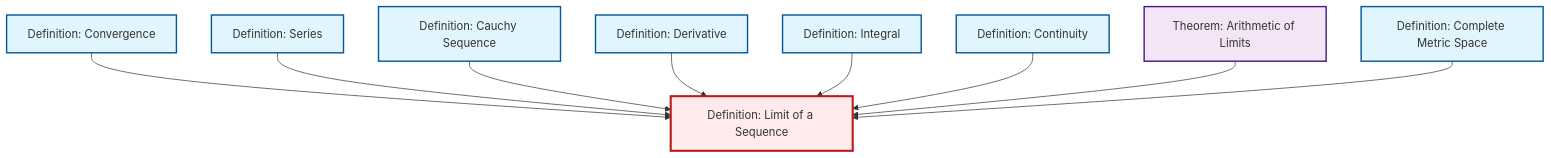
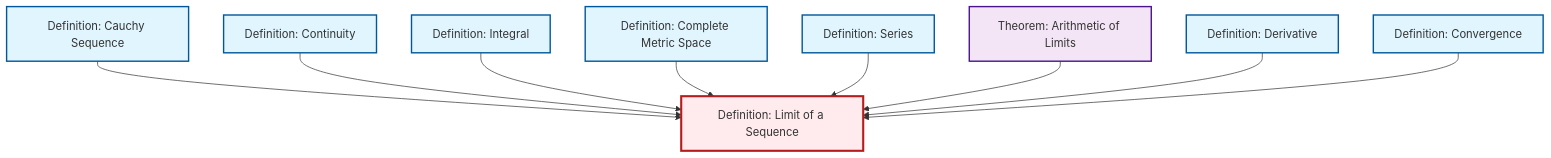
Before and after one commit to RK0429/ModernMath: the diagram in content/en/analysis/def-limit.qmd, drawn with Mermaid. The commit also changed other lines of this file and 554 other files, not shown here.

````diff
--- a/content/en/analysis/def-limit.qmd
+++ b/content/en/analysis/def-limit.qmd
@@ -48,35 +48,35 @@
 ```{mermaid}
 %%| fig-cap: "Local dependency graph"
 graph TD
     classDef definition fill:#e1f5fe,stroke:#01579b,stroke-width:2px
     classDef theorem fill:#f3e5f5,stroke:#4a148c,stroke-width:2px
     classDef axiom fill:#fff3e0,stroke:#e65100,stroke-width:2px
     classDef example fill:#e8f5e9,stroke:#1b5e20,stroke-width:2px
     classDef current fill:#ffebee,stroke:#b71c1c,stroke-width:3px
-    def-continuity["Definition: Continuity"]:::definition
-    def-integral["Definition: Integral"]:::definition
-    def-series["Definition: Series"]:::definition
-    def-limit["Definition: Limit of a Sequence"]:::definition
-    def-derivative["Definition: Derivative"]:::definition
-    def-convergence["Definition: Convergence"]:::definition
     def-cauchy-sequence["Definition: Cauchy Sequence"]:::definition
     thm-limit-arithmetic["Theorem: Arithmetic of Limits"]:::theorem
+    def-continuity["Definition: Continuity"]:::definition
     def-complete-metric-space["Definition: Complete Metric Space"]:::definition
+    def-series["Definition: Series"]:::definition
+    def-integral["Definition: Integral"]:::definition
+    def-limit["Definition: Limit of a Sequence"]:::definition
+    def-convergence["Definition: Convergence"]:::definition
+    def-derivative["Definition: Derivative"]:::definition
+    def-cauchy-sequence --> def-limit
+    def-continuity --> def-limit
+    def-integral --> def-limit
+    def-complete-metric-space --> def-limit
+    def-series --> def-limit
+    thm-limit-arithmetic --> def-limit
+    def-derivative --> def-limit
     def-convergence --> def-limit
-    def-series --> def-limit
-    def-cauchy-sequence --> def-limit
-    def-derivative --> def-limit
-    def-integral --> def-limit
-    def-continuity --> def-limit
-    thm-limit-arithmetic --> def-limit
-    def-complete-metric-space --> def-limit
     class def-limit current
-    click def-continuity "def-continuity.html" "Go to Continuity definition"
-    click def-integral "def-integral.html" "Go to Integral definition"
-    click def-series "def-series.html" "Go to Series definition"
-    click def-derivative "def-derivative.html" "Go to Derivative definition"
-    click def-convergence "def-convergence.html" "Go to Convergence definition"
     click def-cauchy-sequence "def-cauchy-sequence.html" "Go to Cauchy Sequence definition"
     click thm-limit-arithmetic "thm-limit-arithmetic.html" "Go to Arithmetic of Limits theorem"
+    click def-continuity "def-continuity.html" "Go to Continuity definition"
     click def-complete-metric-space "def-complete-metric-space.html" "Go to Complete Metric Space definition"
+    click def-series "def-series.html" "Go to Series definition"
+    click def-integral "def-integral.html" "Go to Integral definition"
+    click def-convergence "def-convergence.html" "Go to Convergence definition"
+    click def-derivative "def-derivative.html" "Go to Derivative definition"
 ```
````
